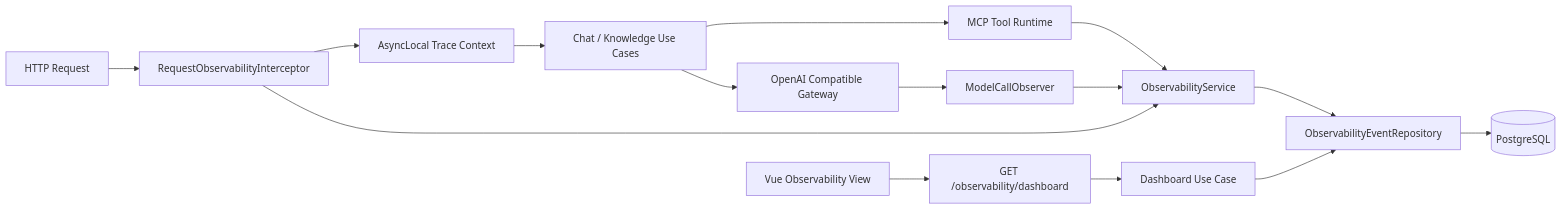
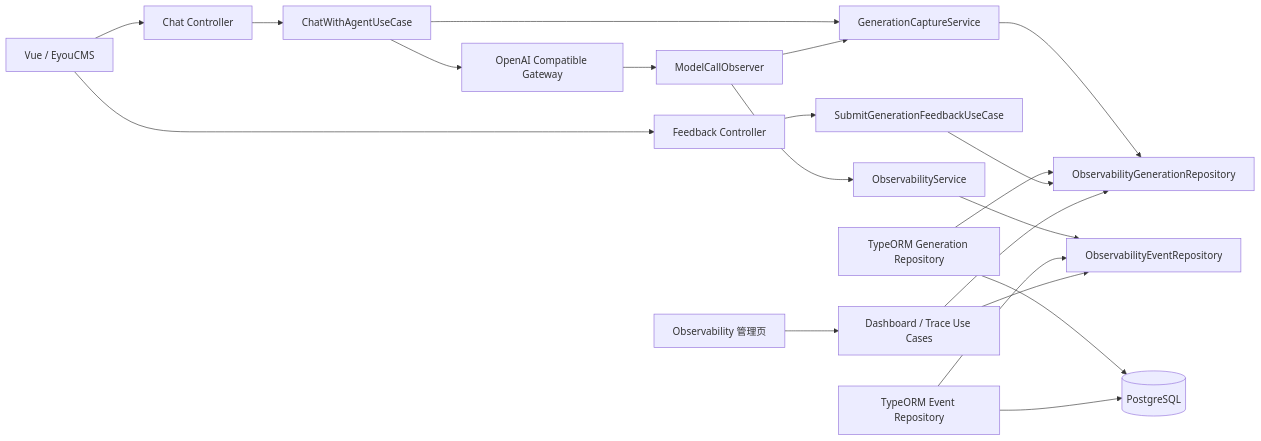
One commit to yiting001/agent changed the first of 4 diagrams in docs/modules/observability.md. Above: the diagram before and after it, drawn with Mermaid. The commit also changed other lines of this file and 67 other files, not shown here.

Commit message:
feat: add generation observability and feedback

````diff
--- a/docs/modules/observability.md
+++ b/docs/modules/observability.md
@@ -72,17 +99,22 @@
 ```mermaid
 flowchart LR
-  Request[HTTP Request] --> Interceptor[RequestObservabilityInterceptor]
-  Interceptor --> Context[AsyncLocal Trace Context]
-  Context --> Chat[Chat / Knowledge Use Cases]
+  Client[Vue / EyouCMS] --> ChatAPI[Chat Controller]
+  ChatAPI --> Chat[ChatWithAgentUseCase]
+  Chat --> Capture[GenerationCaptureService]
   Chat --> Model[OpenAI Compatible Gateway]
-  Chat --> Tool[MCP Tool Runtime]
   Model --> Observer[ModelCallObserver]
-  Tool --> Service[ObservabilityService]
-  Observer --> Service
-  Interceptor --> Service
-  Service --> Repository[ObservabilityEventRepository]
-  Repository --> PostgreSQL[(PostgreSQL)]
-  Dashboard[GET /observability/dashboard] --> Query[Dashboard Use Case]
-  Query --> Repository
-  Web[Vue Observability View] --> Dashboard
+  Observer --> Capture
+  Observer --> EventService[ObservabilityService]
+  Capture --> GenerationPort[ObservabilityGenerationRepository]
+  EventService --> EventPort[ObservabilityEventRepository]
+  GenerationRepo[TypeORM Generation Repository] --> GenerationPort
+  EventRepo[TypeORM Event Repository] --> EventPort
+  GenerationRepo --> PostgreSQL[(PostgreSQL)]
+  EventRepo --> PostgreSQL
+  Client --> FeedbackAPI[Feedback Controller]
+  FeedbackAPI --> FeedbackUseCase[SubmitGenerationFeedbackUseCase]
+  FeedbackUseCase --> GenerationPort
+  Dashboard[Observability 管理页] --> Query[Dashboard / Trace Use Cases]
+  Query --> GenerationPort
+  Query --> EventPort
 ```
````
